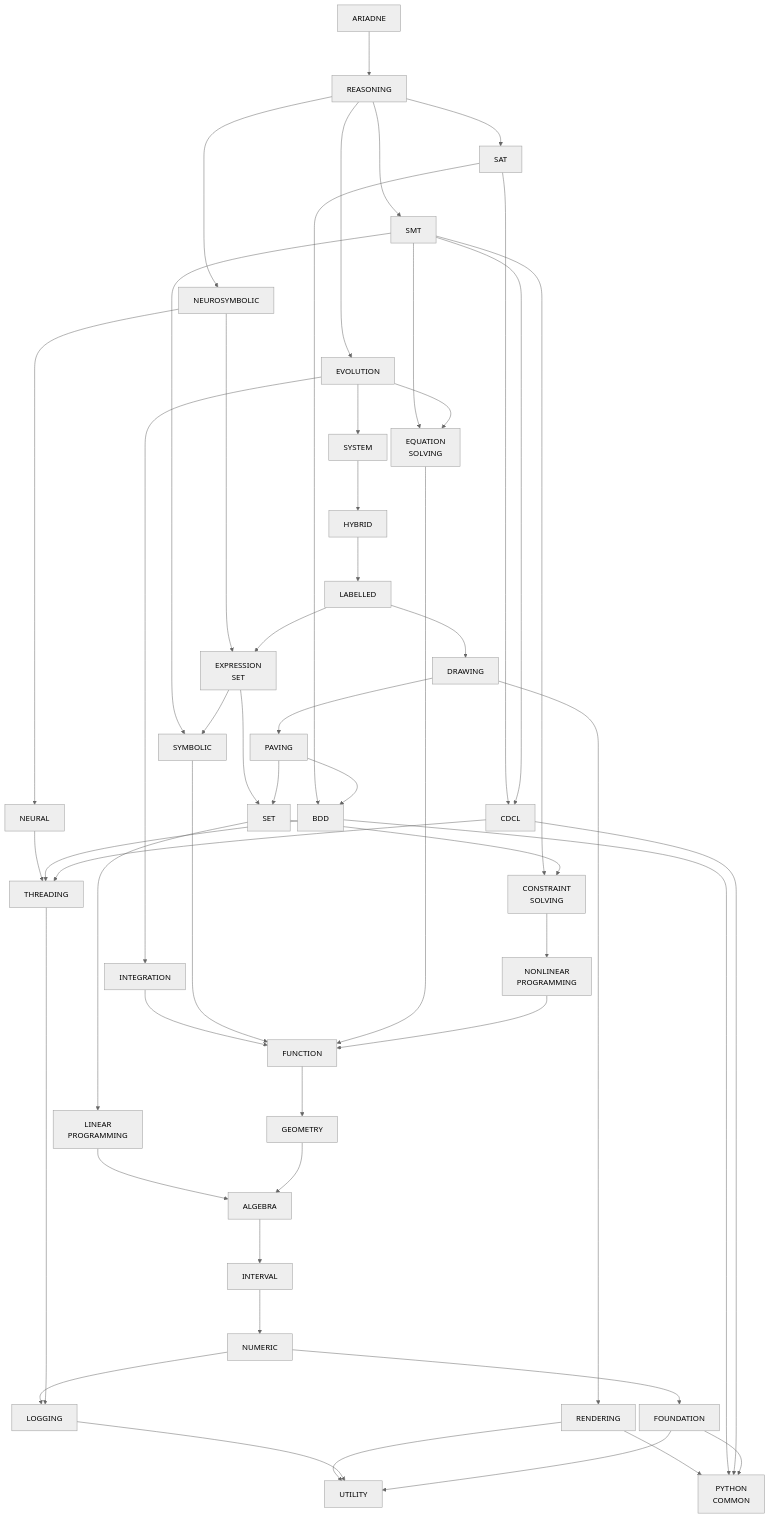
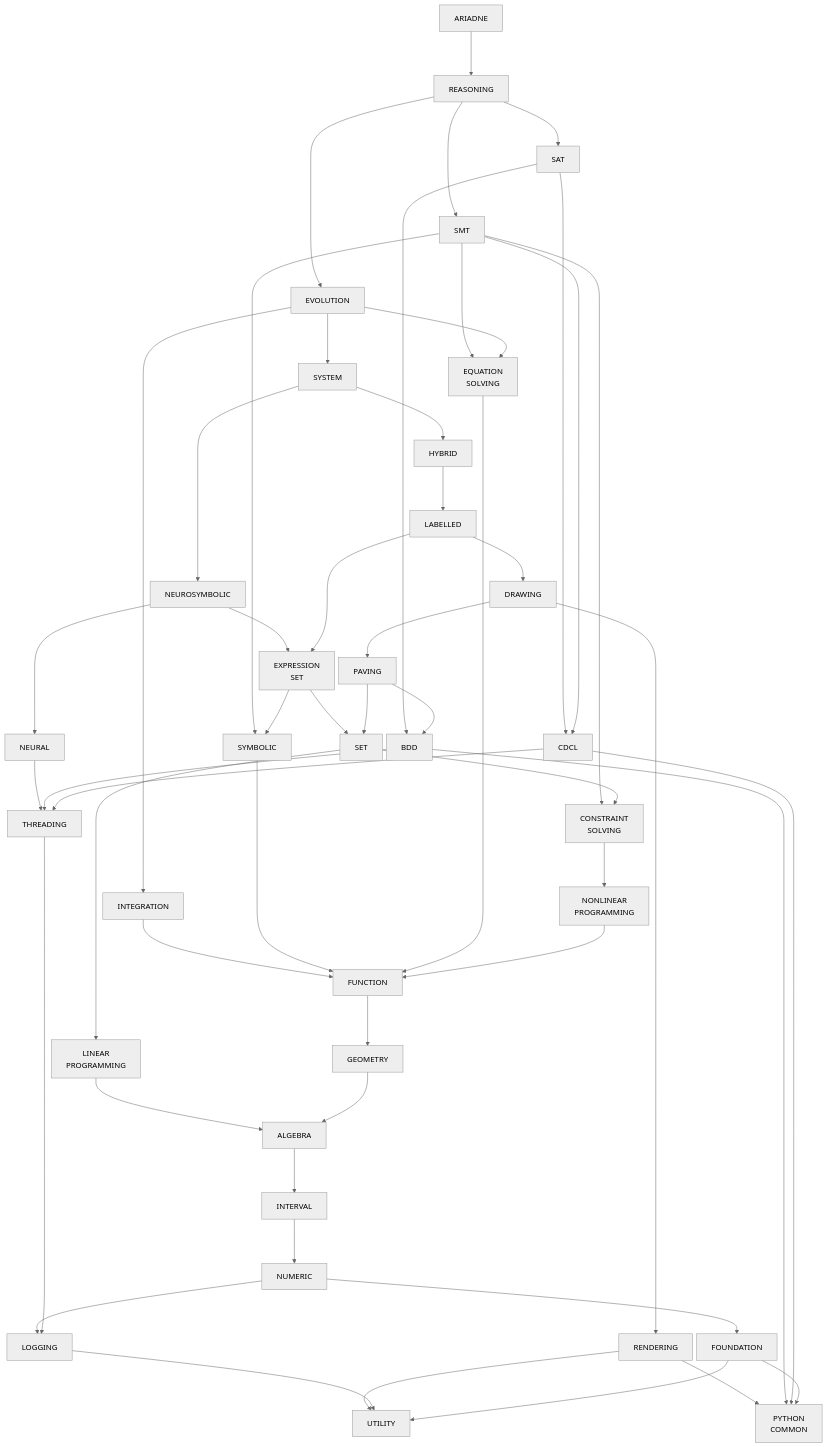
The diagram in doc/structure.md (ariadne-cps/ariadne), drawn with Mermaid (neutral theme) before and after one commit. The commit also changed other lines of this file, not shown here.

Commit message:
docs: move neurosymbolic dependency from reasoning to system

```diff
--- a/doc/structure.md
+++ b/doc/structure.md
@@ -42,12 +42,10 @@
     ariadne --> reasoning
     reasoning --> sat
     reasoning --> smt
-    reasoning --> neurosymbolic
     reasoning --> evolution
 
     sat ~~~ smt
-    smt ~~~ neurosymbolic
-    neurosymbolic ~~~ evolution
+    smt ~~~ evolution
 
     sat --> bdd
     sat --> cdcl
@@ -65,6 +63,7 @@
     evolution --> equation_solving
     integration --> function
     system --> hybrid
+    system --> neurosymbolic
     hybrid --> labelled
     labelled --> expression_set
     labelled --> drawing
```
